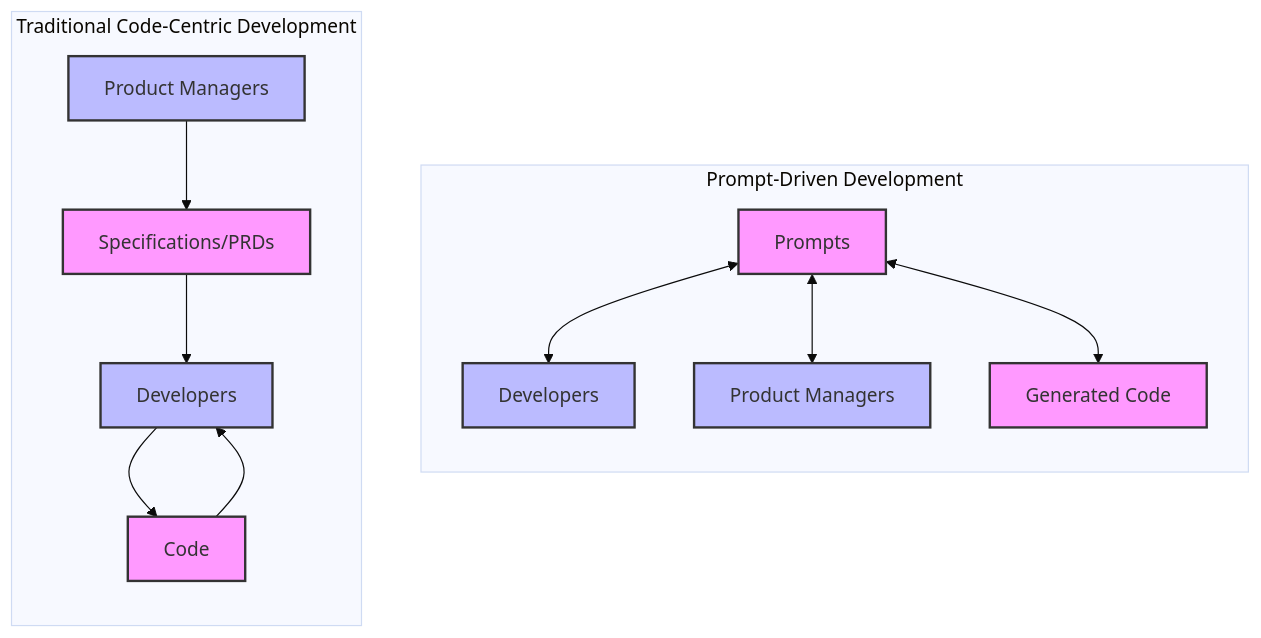
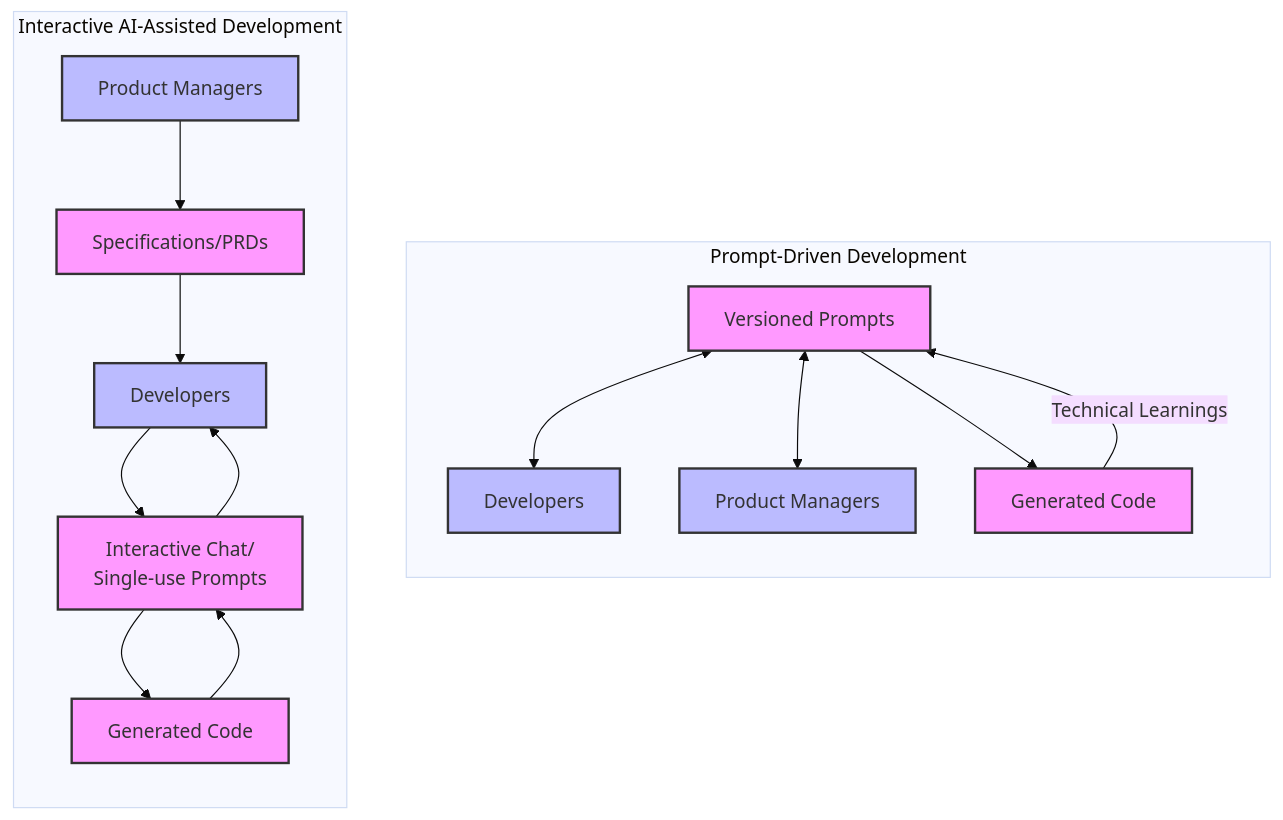
The fourth of 4 diagrams in whitepaper.md (promptdriven/pdd), drawn with Mermaid (base theme) before and after one commit. The commit also changed other lines of this file, not shown here.

Commit message:
refactor: update whitepaper to reflect interactive AI-assisted development and versioned prompts
- Revised the mermaid diagram to rename the traditional development model and clarify the role of interactive chat and versioned prompts as central artifacts.
- Enhanced the description to emphasize the importance of preserving prompts and back-propagating technical learnings, ensuring synchronization with generated code in the PDD framework.

````diff
--- a/whitepaper.md
+++ b/whitepaper.md
@@ -186,27 +186,30 @@
 ```mermaid
 flowchart LR
-    subgraph Traditional ["Traditional Code-Centric Development"]
+    subgraph Traditional ["Interactive AI-Assisted Development"]
         direction TB
         TS[Specifications/PRDs] --> TD[Developers]
-        TD --> TC[Code]
-        TC --> TD
+        TD --> TI[Interactive Chat/\nSingle-use Prompts]
+        TI --> TD
+        TI --> TC[Generated Code]
+        TC --> TI
         TPM[Product Managers] --> TS
         
         classDef artifact fill:#f9f,stroke:#333,stroke-width:2px
         classDef stakeholder fill:#bbf,stroke:#333,stroke-width:2px
-        class TC,TS artifact
+        class TC,TS,TI artifact
         class TD,TPM stakeholder
     end
     
     subgraph PDD ["Prompt-Driven Development"]
         direction TB
-        PP[Prompts] <--> PD[Developers]
+        PP[Versioned Prompts] <--> PD[Developers]
         PP <--> PPM[Product Managers]
-        PP <--> PC[Generated Code]
+        PP --> PC[Generated Code]
+        PC -- "Technical Learnings" --> PP
         
         class PP,PC artifact
         class PD,PPM stakeholder
     end
     
     Traditional ~~~ PDD
 ```
````
